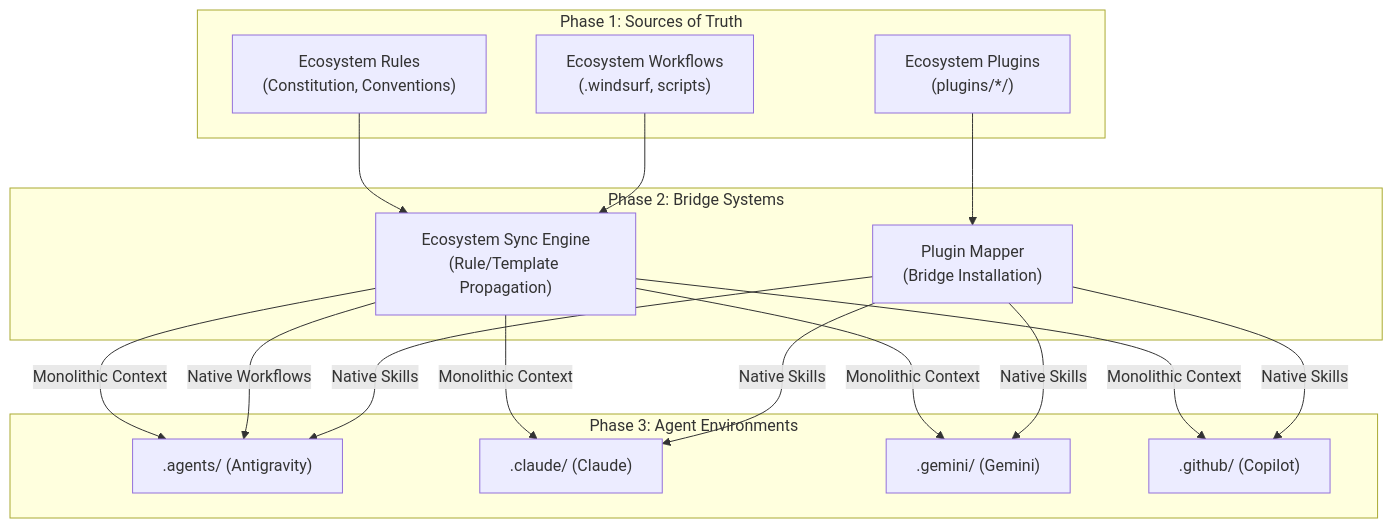
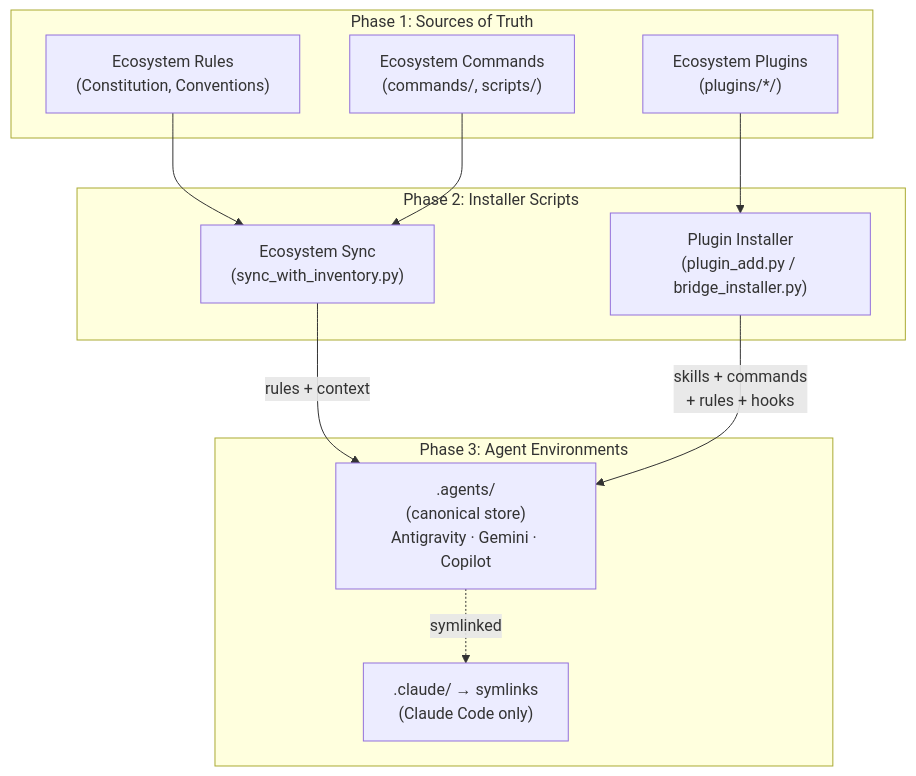
One commit to richfrem/agent-plugins-skills changed the diagram in plugins/plugin-manager/assets/diagrams/ecosystem_system_bridge.mmd. Above: the diagram before and after it, drawn with Mermaid. The commit also changed 16 other files, not shown here.

```diff
--- a/plugins/plugin-manager/assets/diagrams/ecosystem_system_bridge.mmd
+++ b/plugins/plugin-manager/assets/diagrams/ecosystem_system_bridge.mmd
@@ -1,39 +1,31 @@
 graph TD
     %% Phase 1: Sources
     subgraph Phase1 ["Phase 1: Sources of Truth"]
         P_Rules["Ecosystem Rules<br/>(Constitution, Conventions)"]
-        W_Masters["Ecosystem Workflows<br/>(.windsurf, scripts)"]
+        W_Masters["Ecosystem Commands<br/>(commands/, scripts/)"]
         Plugins["Ecosystem Plugins<br/>(plugins/*/)"]
     end
 
     %% Phase 2: Bridge Logic
-    subgraph Phase2 ["Phase 2: Bridge Systems"]
-        BridgeSync["Ecosystem Sync Engine<br/>(Rule/Template Propagation)"]
-        BridgeInstall["Plugin Mapper<br/>(Bridge Installation)"]
+    subgraph Phase2 ["Phase 2: Installer Scripts"]
+        BridgeSync["Ecosystem Sync<br/>(sync_with_inventory.py)"]
+        BridgeInstall["Plugin Installer<br/>(plugin_add.py / bridge_installer.py)"]
     end
 
     %% Phase 3: Targets
     subgraph Phase3 ["Phase 3: Agent Environments"]
-        Antigravity[".agents/ (Antigravity)"]
-        Claude[".claude/ (Claude)"]
-        Gemini[".gemini/ (Gemini)"]
-        Copilot[".github/ (Copilot)"]
+        Central[".agents/<br/>(canonical store)<br/>Antigravity · Gemini · Copilot"]
+        Claude[".claude/ → symlinks<br/>(Claude Code only)"]
     end
 
     %% Connections
     P_Rules --> BridgeSync
     W_Masters --> BridgeSync
     Plugins --> BridgeInstall
 
     %% BridgeSync Outbound
-    BridgeSync -->|"Monolithic Context"| Antigravity
-    BridgeSync -->|"Monolithic Context"| Claude
-    BridgeSync -->|"Monolithic Context"| Gemini
-    BridgeSync -->|"Monolithic Context"| Copilot
-    BridgeSync -->|"Native Workflows"| Antigravity
+    BridgeSync -->|"rules + context"| Central
 
     %% BridgeInstall Outbound
-    BridgeInstall -->|"Native Skills"| Antigravity
-    BridgeInstall -->|"Native Skills"| Claude
-    BridgeInstall -->|"Native Skills"| Gemini
-    BridgeInstall -->|"Native Skills"| Copilot
+    BridgeInstall -->|"skills + commands<br/>+ rules + hooks"| Central
+    Central -.->|"symlinked"| Claude
```
